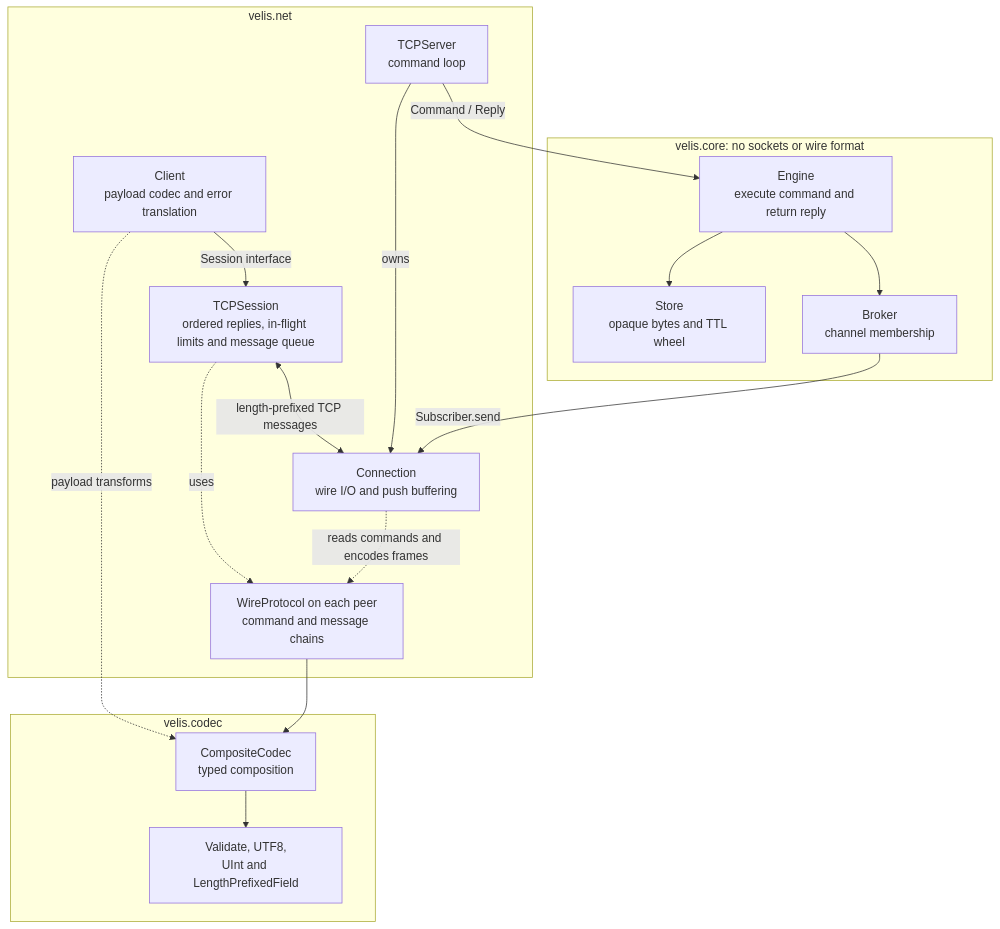
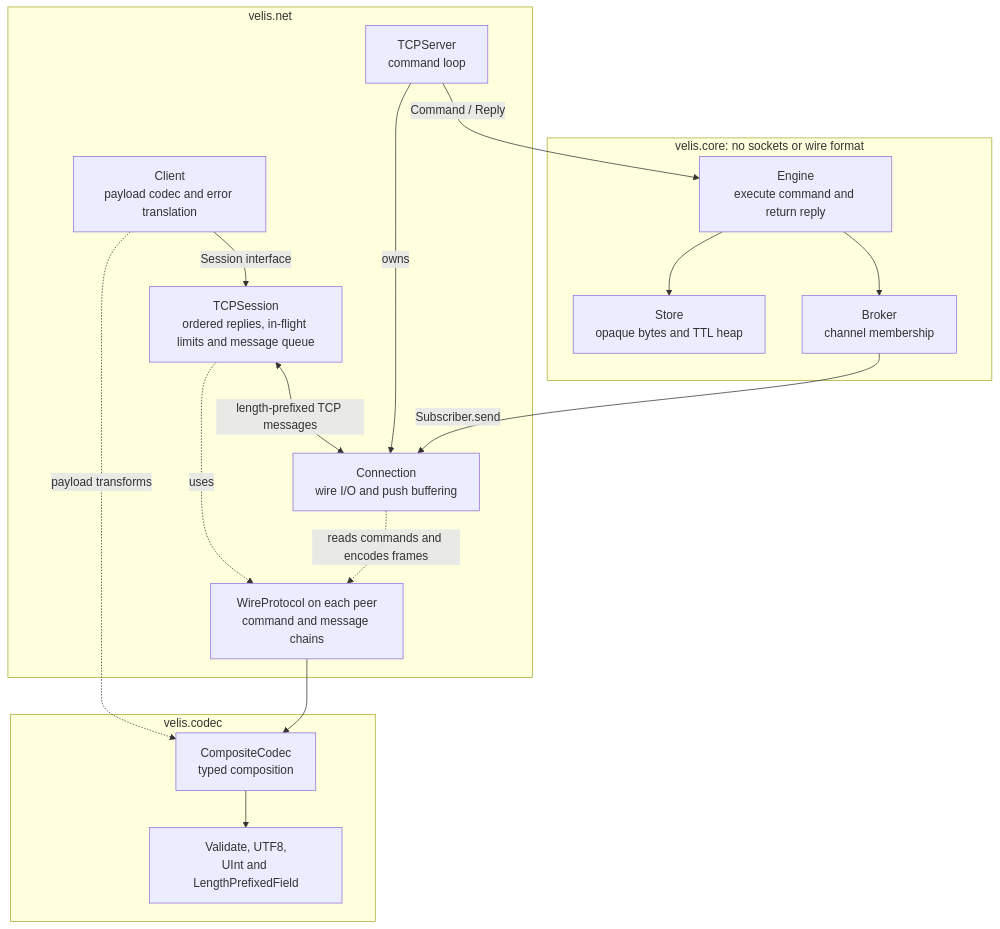
One commit to gchape/velis changed the first of 6 diagrams in README.md. Above: the diagram before and after it, drawn with Mermaid. The commit also changed other lines of this file and 1 other file, not shown here.

````diff
--- a/README.md
+++ b/README.md
@@ -120,34 +121,34 @@
 ```mermaid
 flowchart TB
     subgraph net ["velis.net"]
         client["Client<br/>payload codec and error translation"]
         session["TCPSession<br/>ordered replies, in-flight limits and message queue"]
         server["TCPServer<br/>command loop"]
         conn["Connection<br/>wire I/O and push buffering"]
         wire["WireProtocol on each peer<br/>command and message chains"]
     end
 
     subgraph codecs ["velis.codec"]
         chain["CompositeCodec<br/>typed composition"]
         stages["Validate, UTF8,<br/>UInt and LengthPrefixedField"]
     end
 
     subgraph core ["velis.core: no sockets or wire format"]
         engine["Engine<br/>execute command and return reply"]
-        store["Store<br/>opaque bytes and TTL wheel"]
+        store["Store<br/>opaque bytes and TTL heap"]
         broker["Broker<br/>channel membership"]
     end
 
     client -->|"Session interface"| session
     session <-->|"length-prefixed TCP messages"| conn
     server -->|"owns"| conn
     server -->|"Command / Reply"| engine
     session -.->|"uses"| wire
     conn -.->|"reads commands and encodes frames"| wire
     client -.->|"payload transforms"| chain
     wire --> chain
     chain --> stages
     engine --> store
     engine --> broker
     broker -->|"Subscriber.send"| conn
 ```
````
